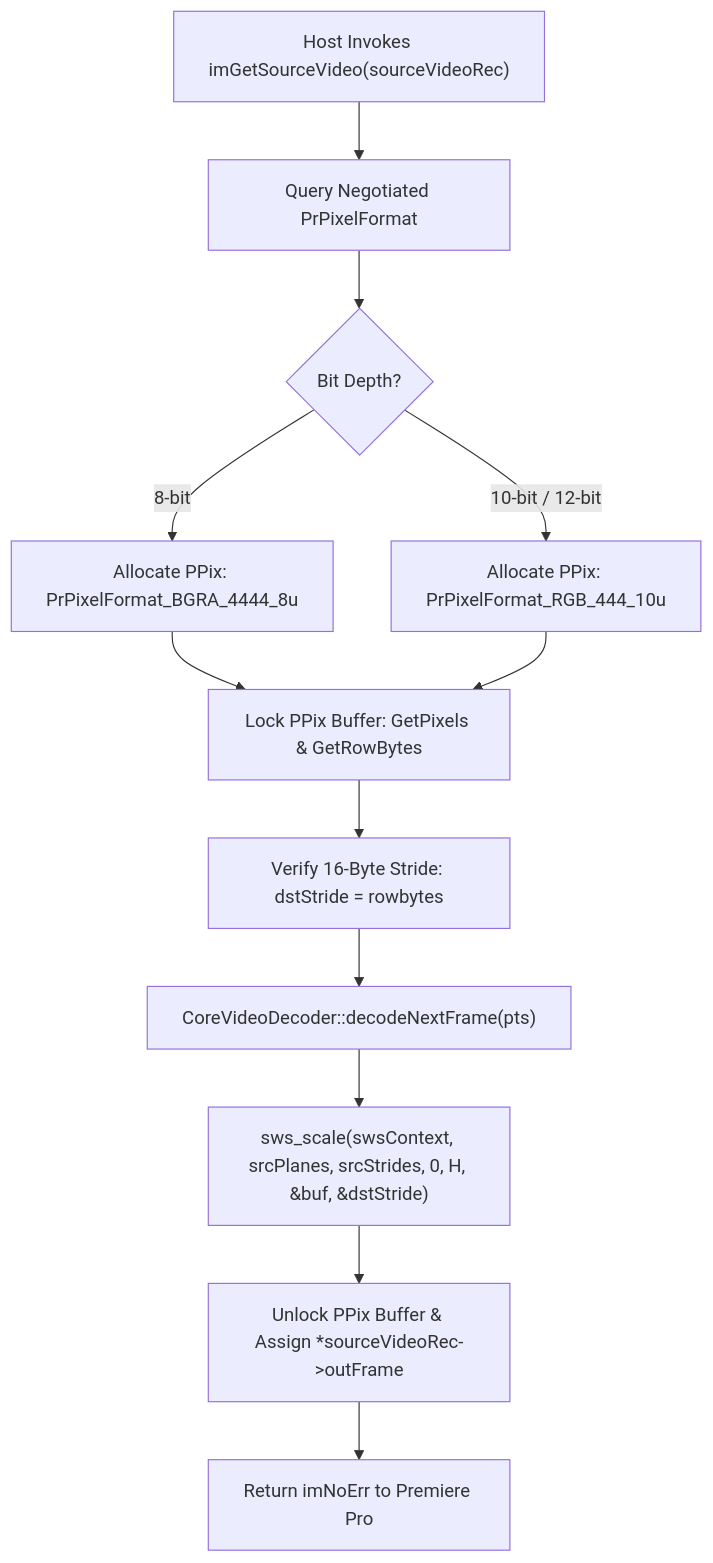
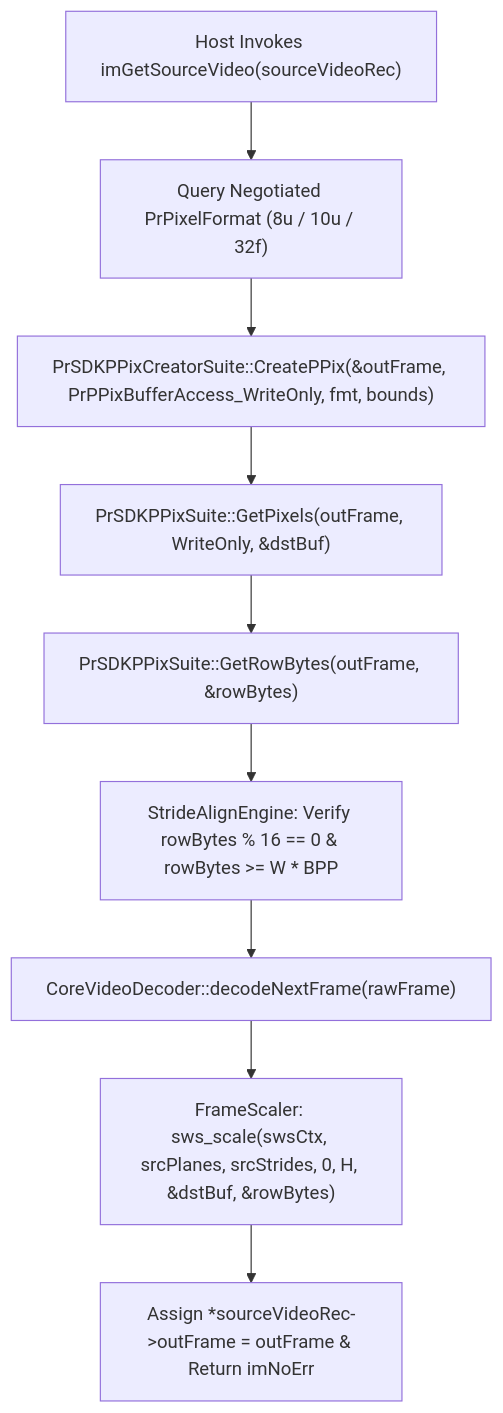
Before and after one commit to abdelrazekwork72-beep/AV1: the diagram in docs/user-stories/module-2-importer-plugin/us-2.2.0-video-decoding-pixel-alignment.md, drawn with Mermaid. The commit also changed other lines of this file and 15 other files, not shown here.

Commit message:
fix(docs): unify architecture, Premiere Pro SDK protocols, base contracts, and 50 implementation units across all 4 modules and 11 user stories

````diff
--- a/docs/user-stories/module-2-importer-plugin/us-2.2.0-video-decoding-pixel-alignment.md
+++ b/docs/user-stories/module-2-importer-plugin/us-2.2.0-video-decoding-pixel-alignment.md
@@ -83,18 +83,11 @@
 ```mermaid
 flowchart TD
-    Req["Host Invokes imGetSourceVideo(sourceVideoRec)"] --> QueryFmt["Query Negotiated PrPixelFormat"]
-    QueryFmt --> CheckDepth{"Bit Depth?"}
-
-    CheckDepth -- 8-bit --> Alloc8u["Allocate PPix: PrPixelFormat_BGRA_4444_8u"]
-    CheckDepth -- 10-bit / 12-bit --> Alloc10u["Allocate PPix: PrPixelFormat_RGB_444_10u"]
-
-    Alloc8u --> LockBuffer["Lock PPix Buffer: GetPixels & GetRowBytes"]
-    Alloc10u --> LockBuffer
-
-    LockBuffer --> ComputeStride["Verify 16-Byte Stride: dstStride = rowbytes"]
-    ComputeStride --> DecodeAVFrame["CoreVideoDecoder::decodeNextFrame(pts)"]
-
-    DecodeAVFrame --> ScaleConvert["sws_scale(swsContext, srcPlanes, srcStrides, 0, H, &buf, &dstStride)"]
-    ScaleConvert --> UnlockBuffer["Unlock PPix Buffer & Assign *sourceVideoRec->outFrame"]
-    UnlockBuffer --> Success["Return imNoErr to Premiere Pro"]
+    Req["Host Invokes imGetSourceVideo(sourceVideoRec)"] --> Negotiate["Query Negotiated PrPixelFormat (8u / 10u / 32f)"]
+    Negotiate --> CreatePPix["PrSDKPPixCreatorSuite::CreatePPix(&outFrame, PrPPixBufferAccess_WriteOnly, fmt, bounds)"]
+    CreatePPix --> LockPixels["PrSDKPPixSuite::GetPixels(outFrame, WriteOnly, &dstBuf)"]
+    LockPixels --> QueryRowBytes["PrSDKPPixSuite::GetRowBytes(outFrame, &rowBytes)"]
+    QueryRowBytes --> VerifyAlign["StrideAlignEngine: Verify rowBytes % 16 == 0 & rowBytes >= W * BPP"]
+    VerifyAlign --> DecodeFrame["CoreVideoDecoder::decodeNextFrame(rawFrame)"]
+    DecodeFrame --> Scale["FrameScaler: sws_scale(swsCtx, srcPlanes, srcStrides, 0, H, &dstBuf, &rowBytes)"]
+    Scale --> ReturnFrame["Assign *sourceVideoRec->outFrame = outFrame & Return imNoErr"]
 ```
````
